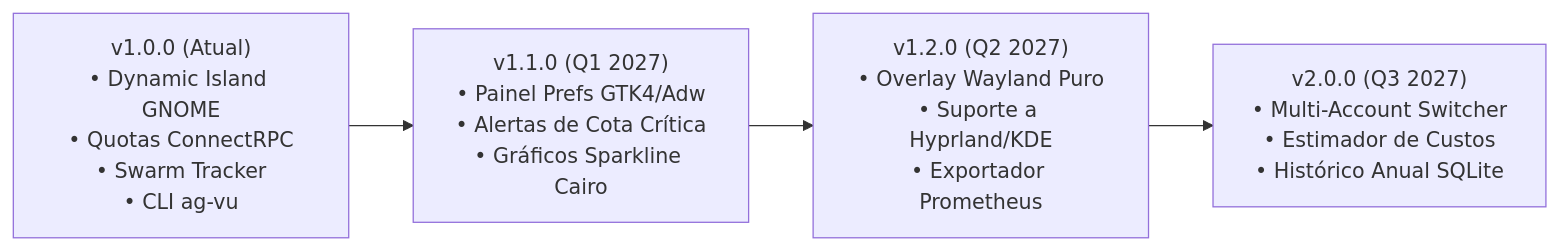
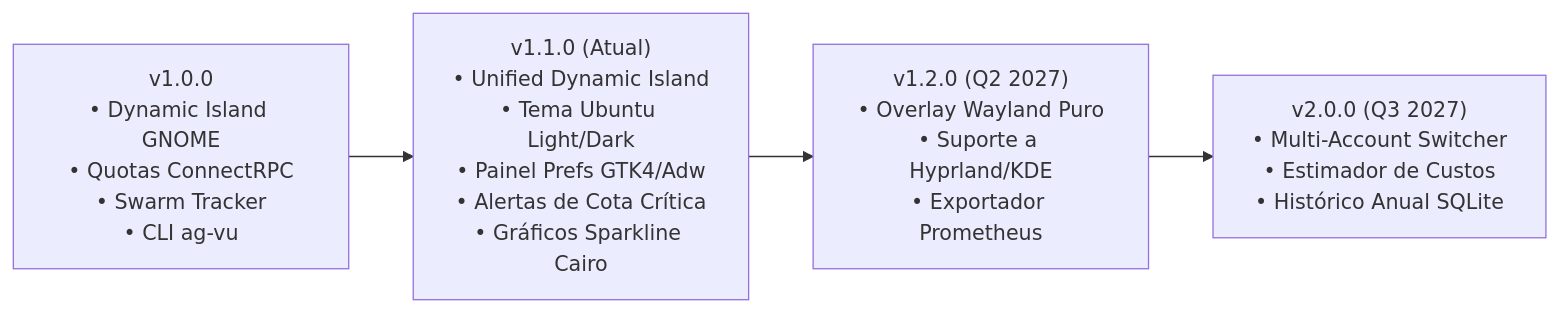
One commit to brendofreitas-dev/antigravity-vu-linux changed the diagram in ROADMAP.md. Above: the diagram before and after it, drawn with Mermaid. The commit also changed other lines of this file and 4 other files, not shown here.

Commit message:
docs: document v1.1.0 unified island, adaptive theme and agent topology

````diff
--- a/ROADMAP.md
+++ b/ROADMAP.md
@@ -9,9 +9,9 @@
 ```mermaid
 flowchart LR
-    v10["v1.0.0 (Atual)<br/>• Dynamic Island GNOME<br/>• Quotas ConnectRPC<br/>• Swarm Tracker<br/>• CLI ag-vu"]
-    v11["v1.1.0 (Q1 2027)<br/>• Painel Prefs GTK4/Adw<br/>• Alertas de Cota Crítica<br/>• Gráficos Sparkline Cairo"]
+    v10["v1.0.0<br/>• Dynamic Island GNOME<br/>• Quotas ConnectRPC<br/>• Swarm Tracker<br/>• CLI ag-vu"]
+    v11["v1.1.0 (Atual)<br/>• Unified Dynamic Island<br/>• Tema Ubuntu Light/Dark<br/>• Painel Prefs GTK4/Adw<br/>• Alertas de Cota Crítica<br/>• Gráficos Sparkline Cairo"]
     v12["v1.2.0 (Q2 2027)<br/>• Overlay Wayland Puro<br/>• Suporte a Hyprland/KDE<br/>• Exportador Prometheus"]
     v20["v2.0.0 (Q3 2027)<br/>• Multi-Account Switcher<br/>• Estimador de Custos<br/>• Histórico Anual SQLite"]
 
     v10 --> v11 --> v12 --> v20
 ```
````
